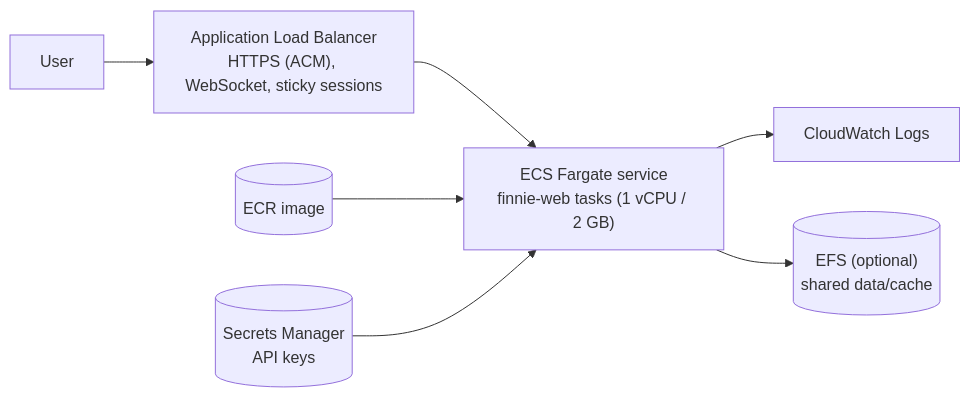
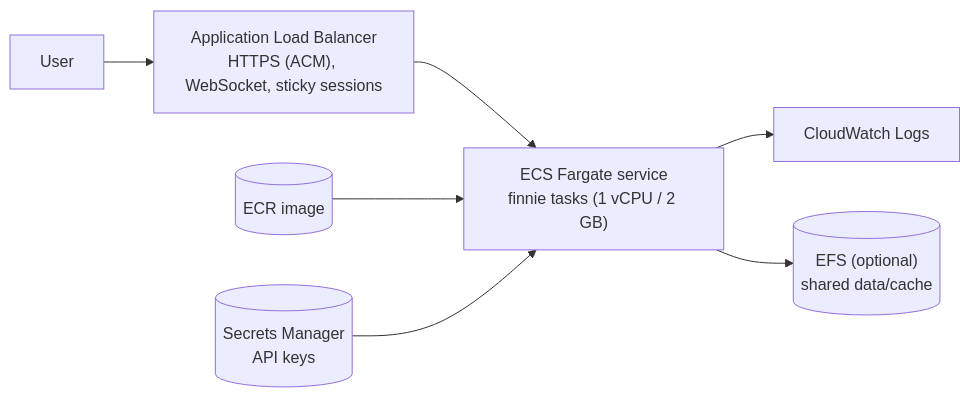
The sixth of 6 diagrams in docs/DESIGN.md (adammazhar/finnie-ai-finance-assistant), drawn with Mermaid before and after one commit. The commit also changed other lines of this file and 21 other files, not shown here.

````diff
--- a/docs/DESIGN.md
+++ b/docs/DESIGN.md
@@ -893,9 +913,9 @@
 ```mermaid
 flowchart LR
     U[User] --> ALB["Application Load Balancer<br/>HTTPS (ACM), WebSocket, sticky sessions"]
-    ALB --> ECS["ECS Fargate service<br/>finnie-web tasks (1 vCPU / 2 GB)"]
+    ALB --> ECS["ECS Fargate service<br/>finnie tasks (1 vCPU / 2 GB)"]
     ECR[(ECR image)] --> ECS
     SM[(Secrets Manager<br/>API keys)] --> ECS
     ECS --> CW[CloudWatch Logs]
     ECS --> EFS[("EFS (optional)<br/>shared data/cache")]
 ```
````
